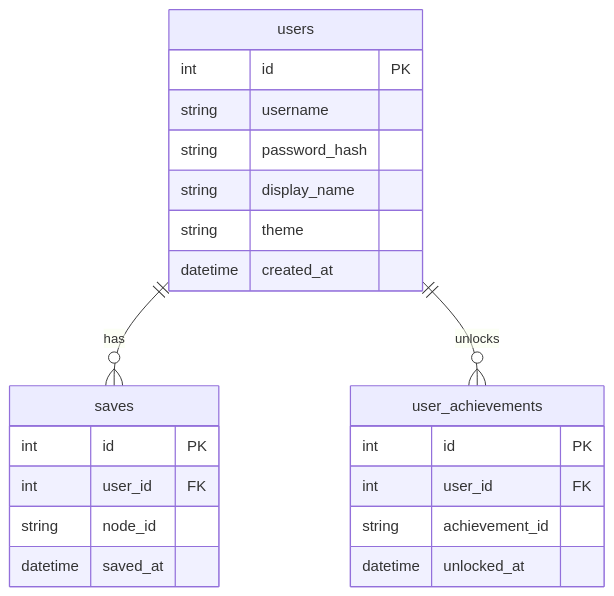
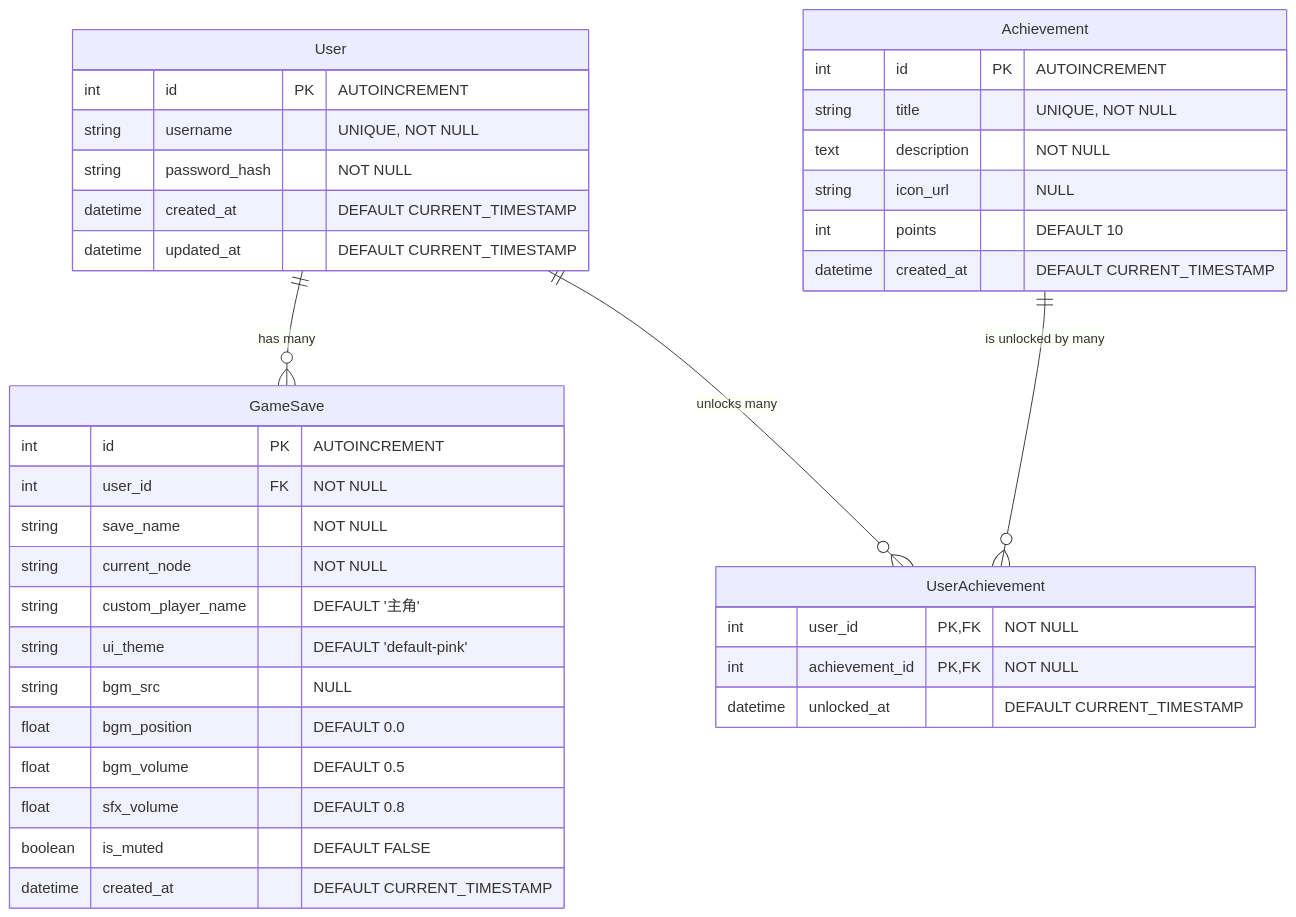
One commit to Nellie920/17_What-to-eat- changed the diagram in docs/DB_DESIGN.md. Above: the diagram before and after it, drawn with Mermaid. The commit also changed other lines of this file and 2 other files, not shown here.

````diff
--- a/docs/DB_DESIGN.md
+++ b/docs/DB_DESIGN.md
@@ -10,26 +15,44 @@
 ```mermaid
 erDiagram
-    users {
-        int id PK
-        string username
-        string password_hash
-        string display_name
-        string theme
-        datetime created_at
-    }
-    saves {
-        int id PK
-        int user_id FK
-        string node_id
-        datetime saved_at
-    }
-    user_achievements {
-        int id PK
-        int user_id FK
-        string achievement_id
-        datetime unlocked_at
+    User ||--o{ GameSave : "has many"
+    User ||--o{ UserAchievement : "unlocks many"
+    Achievement ||--o{ UserAchievement : "is unlocked by many"
+
+    User {
+        int id PK "AUTOINCREMENT"
+        string username "UNIQUE, NOT NULL"
+        string password_hash "NOT NULL"
+        datetime created_at "DEFAULT CURRENT_TIMESTAMP"
+        datetime updated_at "DEFAULT CURRENT_TIMESTAMP"
     }
 
-    users ||--o{ saves : "has"
-    users ||--o{ user_achievements : "unlocks"
+    GameSave {
+        int id PK "AUTOINCREMENT"
+        int user_id FK "NOT NULL"
+        string save_name "NOT NULL"
+        string current_node "NOT NULL"
+        string custom_player_name "DEFAULT '主角'"
+        string ui_theme "DEFAULT 'default-pink'"
+        string bgm_src "NULL"
+        float bgm_position "DEFAULT 0.0"
+        float bgm_volume "DEFAULT 0.5"
+        float sfx_volume "DEFAULT 0.8"
+        boolean is_muted "DEFAULT FALSE"
+        datetime created_at "DEFAULT CURRENT_TIMESTAMP"
+    }
+
+    Achievement {
+        int id PK "AUTOINCREMENT"
+        string title "UNIQUE, NOT NULL"
+        text description "NOT NULL"
+        string icon_url "NULL"
+        int points "DEFAULT 10"
+        datetime created_at "DEFAULT CURRENT_TIMESTAMP"
+    }
+
+    UserAchievement {
+        int user_id PK, FK "NOT NULL"
+        int achievement_id PK, FK "NOT NULL"
+        datetime unlocked_at "DEFAULT CURRENT_TIMESTAMP"
+    }
 ```
````
